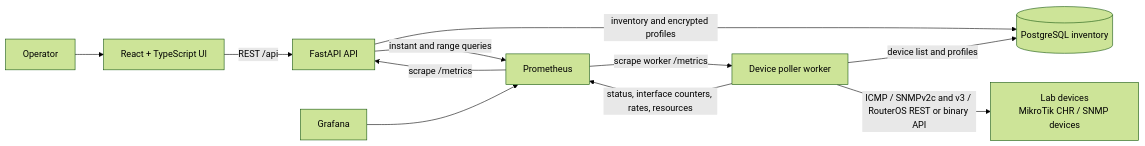
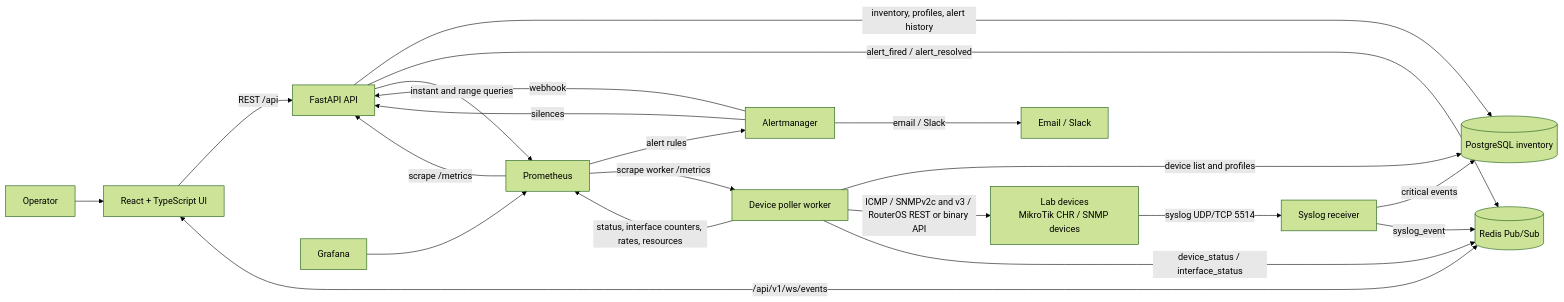
Before and after one commit to Ryuuen8/mgkk-monitoring-tool: the diagram in docs/system-flow.md, drawn with Mermaid (forest theme). The commit also changed other lines of this file and 69 other files, not shown here.

````diff
--- a/docs/system-flow.md
+++ b/docs/system-flow.md
@@ -13,22 +13,36 @@
 ```mermaid
 flowchart LR
     Operator[Operator]
     UI[React + TypeScript UI]
     API[FastAPI API]
     DB[(PostgreSQL inventory)]
     Worker[Device poller worker]
     Targets[Lab devices\nMikroTik CHR / SNMP devices]
+    Syslog[Syslog receiver]
+    Redis[(Redis Pub/Sub)]
     Prom[Prometheus]
+    AM[Alertmanager]
+    Ops[Email / Slack]
     Grafana[Grafana]
 
     Operator --> UI
     UI -->|REST /api| API
-    API -->|inventory and encrypted profiles| DB
+    UI <-->|/api/v1/ws/events| Redis
+    API -->|inventory, profiles, alert history| DB
     Worker -->|device list and profiles| DB
     Worker -->|ICMP / SNMPv2c and v3 / RouterOS REST or binary API| Targets
     Worker -->|status, interface counters, rates, resources| Prom
+    Worker -->|device_status / interface_status| Redis
+    Targets -->|syslog UDP/TCP 5514| Syslog
+    Syslog -->|critical events| DB
+    Syslog -->|syslog_event| Redis
+    API -->|alert_fired / alert_resolved| Redis
+    Prom -->|alert rules| AM
+    AM -->|webhook| API
+    AM -->|email / Slack| Ops
+    AM -->|silences| API
     API -->|instant and range queries| Prom
     Prom -->|scrape /metrics| API
     Prom -->|scrape worker /metrics| Worker
     Grafana --> Prom
 ```
````
